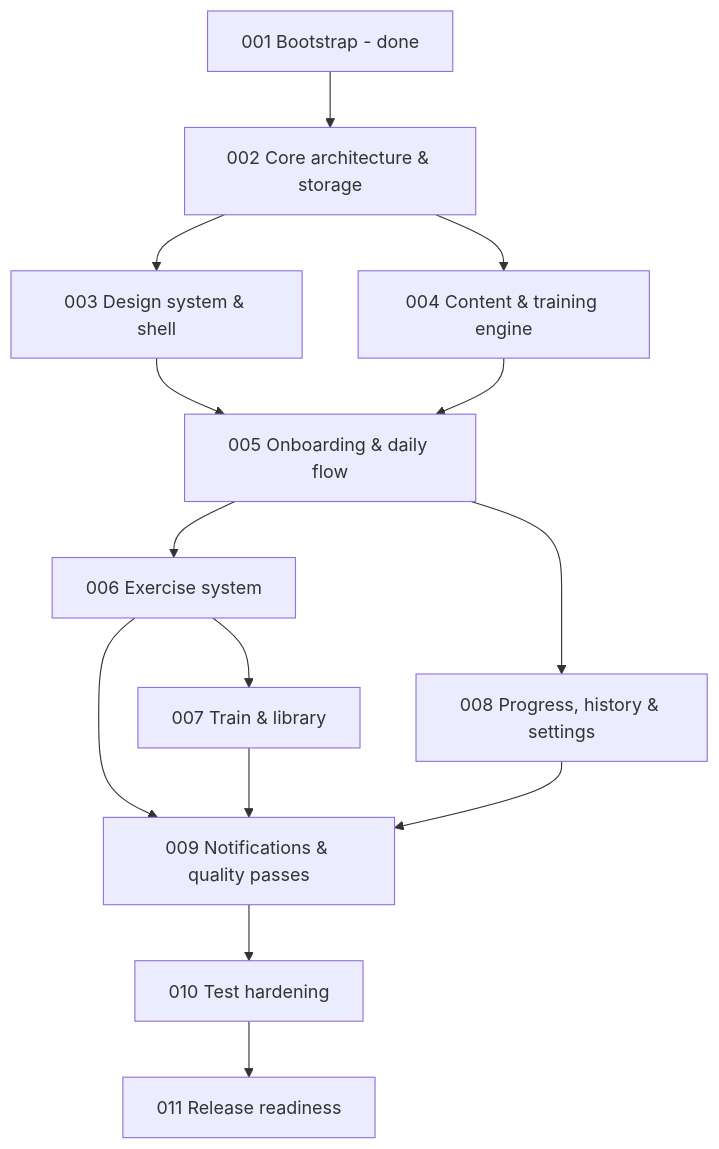
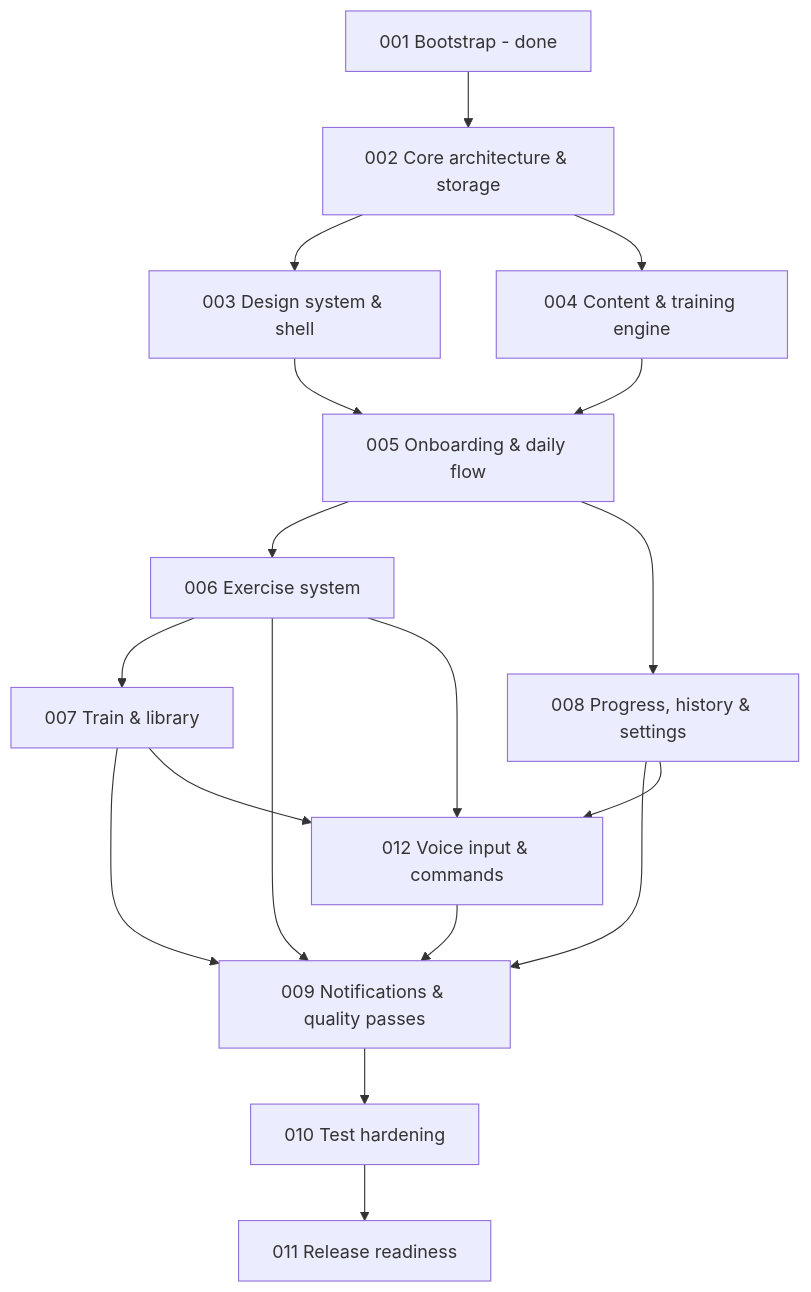
Before and after one commit to WiverNz/Itera: the diagram in docs/delivery/01-issue-dependency-graph.md, drawn with Mermaid. The commit also changed other lines of this file and 37 other files, not shown here.

Commit message:
docs: add voice input and command milestone

````diff
--- a/docs/delivery/01-issue-dependency-graph.md
+++ b/docs/delivery/01-issue-dependency-graph.md
@@ -5,16 +5,20 @@
 ```mermaid
 graph TD
   M001[001 Bootstrap - done] --> M002[002 Core architecture & storage]
   M002 --> M003[003 Design system & shell]
   M002 --> M004[004 Content & training engine]
   M003 --> M005[005 Onboarding & daily flow]
   M004 --> M005
   M005 --> M006[006 Exercise system]
   M006 --> M007[007 Train & library]
   M005 --> M008[008 Progress, history & settings]
   M006 --> M009[009 Notifications & quality passes]
   M007 --> M009
   M008 --> M009
+  M006 --> M012[012 Voice input & commands]
+  M007 --> M012
+  M008 --> M012
+  M012 --> M009
   M009 --> M010[010 Test hardening]
   M010 --> M011[011 Release readiness]
 ```
````
